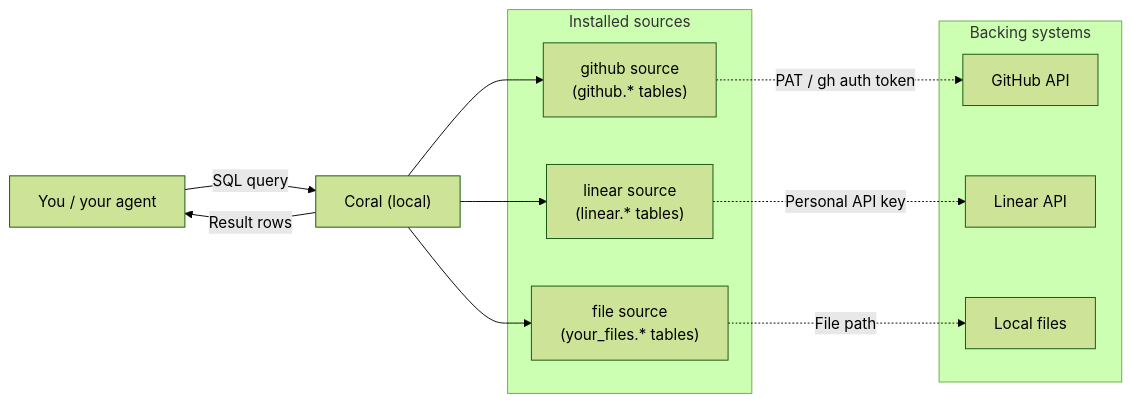
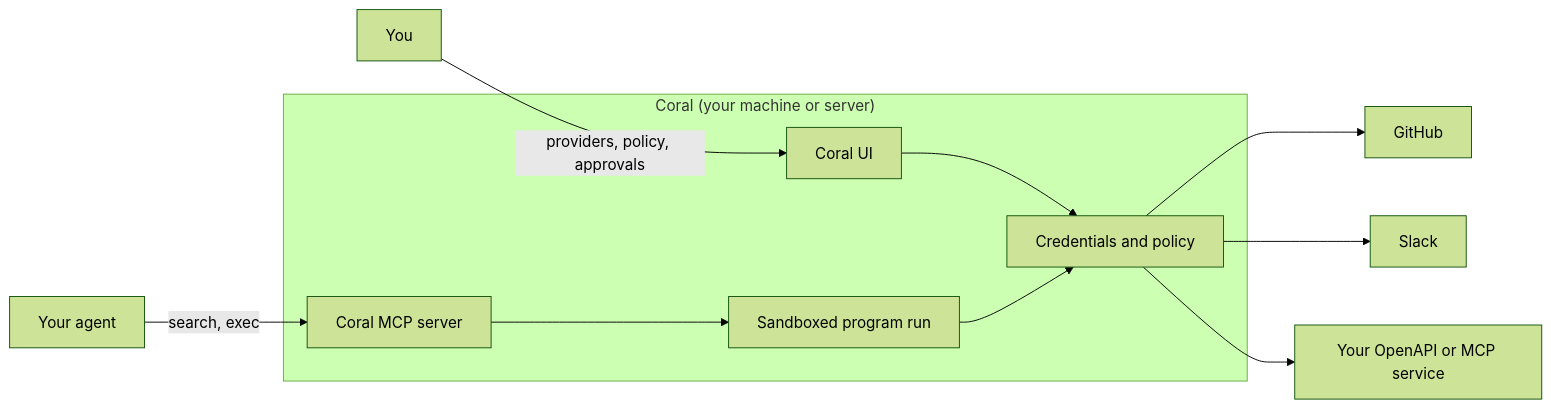
Before and after one commit to withcoral/coral: the diagram in README.md, drawn with Mermaid (forest theme). The commit also changed other lines of this file and 3607 other files, not shown here.

````diff
--- a/README.md
+++ b/README.md
@@ -77,25 +70,15 @@
 ```mermaid
 graph LR
-    Agent["You / your agent"] -->|SQL query| Coral["Coral (local)"]
-    Coral -->|Result rows| Agent
+    Agent["Your agent"] -->|"search, exec"| MCP["Coral MCP server"]
+    You["You"] -->|"providers, policy, approvals"| UI["Coral UI"]
 
-    subgraph Sources["Installed sources"]
-        GH["github source<br/>(github.* tables)"]
-        LN["linear source<br/>(linear.* tables)"]
-        FS["file source<br/>(your_files.* tables)"]
+    subgraph Coral["Coral (your machine or server)"]
+        MCP --> Run["Sandboxed program run"]
+        UI --> Gate["Credentials and policy"]
+        Run --> Gate
     end
 
-    Coral --> GH
-    Coral --> LN
-    Coral --> FS
-
-    subgraph Backing["Backing systems"]
-        GHAPI["GitHub API"]
-        LNAPI["Linear API"]
-        Disk["Local files"]
-    end
-
-    GH -.->|PAT / gh auth token| GHAPI
-    LN -.->|Personal API key| LNAPI
-    FS -.->|File path| Disk
+    Gate --> GH["GitHub"]
+    Gate --> SL["Slack"]
+    Gate --> Own["Your OpenAPI or MCP service"]
 ```
````
